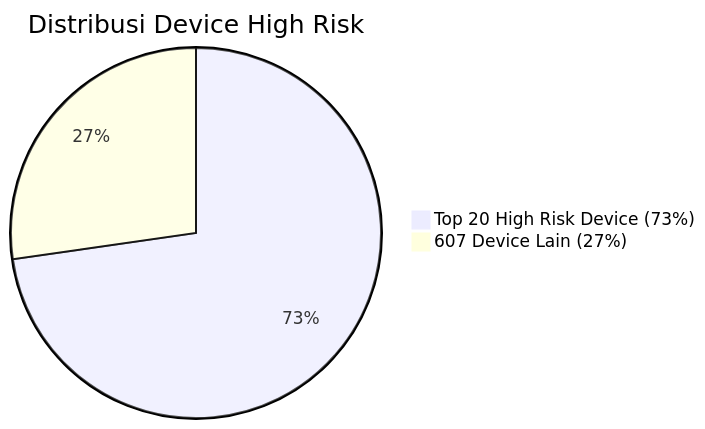
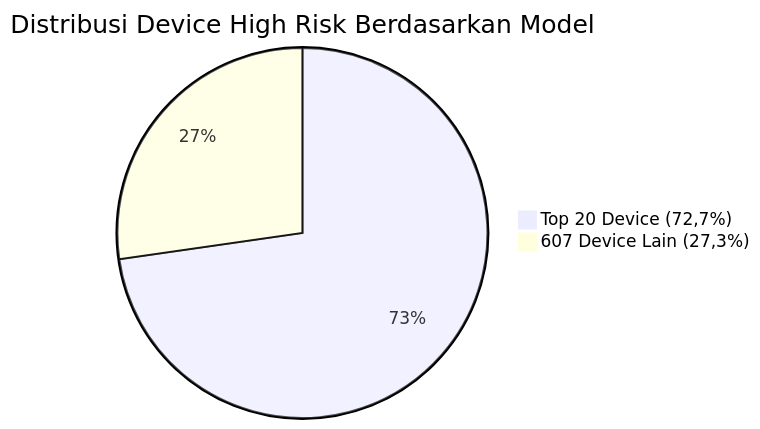
Before and after one commit to mdierm/threatcast: the second of 2 diagrams in rekomendasi.md, drawn with Mermaid. The commit also changed other lines of this file, not shown here.

`````diff
--- a/rekomendasi.md
+++ b/rekomendasi.md
@@ -44,6 +59,6 @@
 ```mermaid
 pie
-    title Distribusi Device High Risk
-    "Top 20 High Risk Device (73%)" : 4890
-    "607 Device Lain (27%)" : 1833
-````
+    title Distribusi Device High Risk Berdasarkan Model
+    "Top 20 Device (72,7%)" : 4890
+    "607 Device Lain (27,3%)" : 1833
+```
`````
